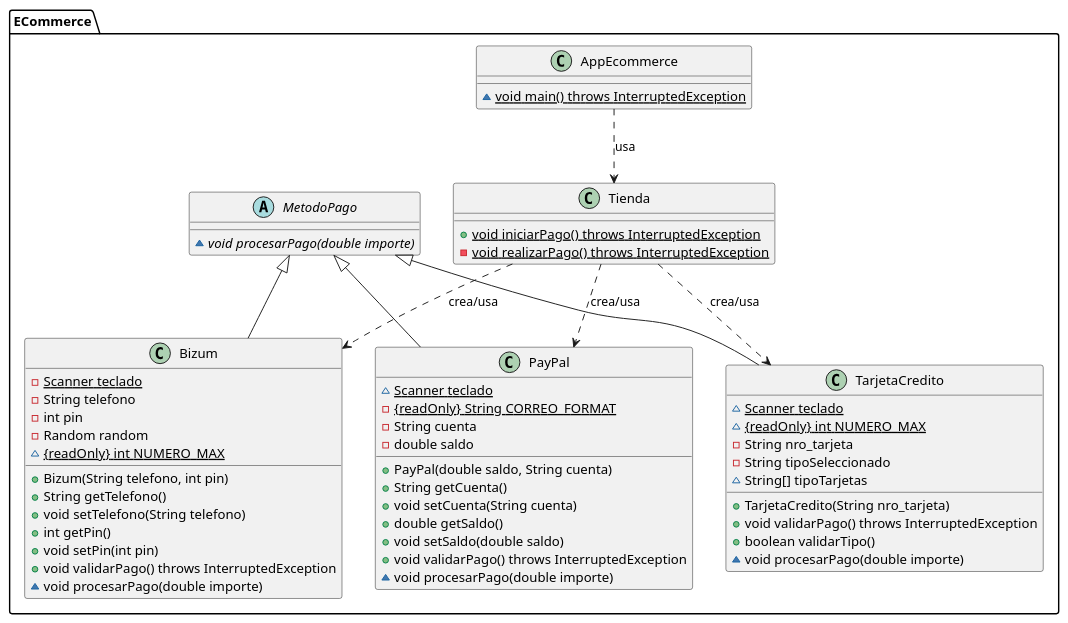
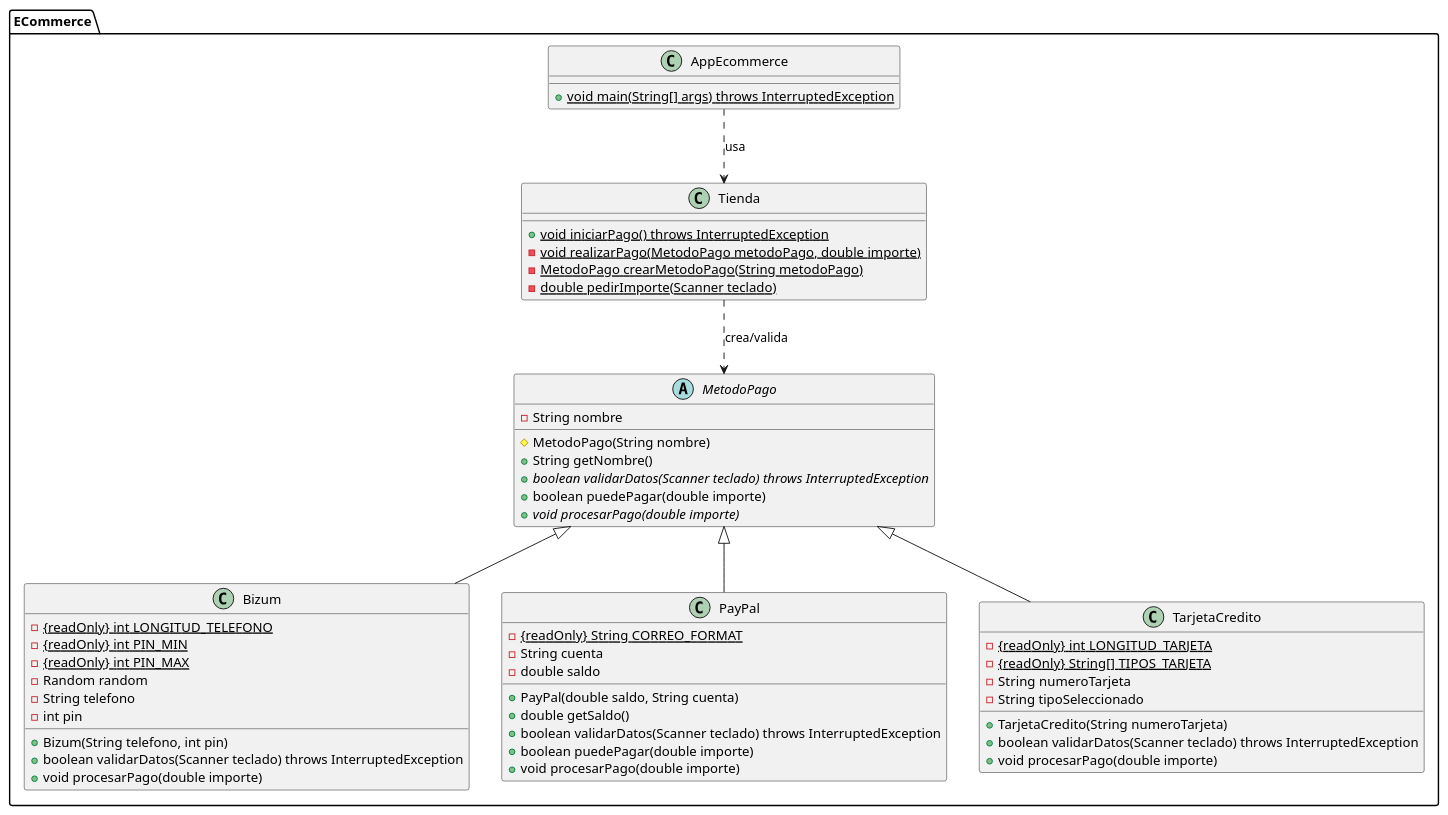
The diagram in POO_daw/src/main/java/ECommerce/PUML/ECommerce.puml (ismazene/POO_daw), drawn with PlantUML before and after one commit. The commit also changed 25 other files, not shown here.

```diff
--- a/POO_daw/src/main/java/ECommerce/PUML/ECommerce.puml
+++ b/POO_daw/src/main/java/ECommerce/PUML/ECommerce.puml
@@ -1,70 +1,64 @@
 @startuml
-  package ECommerce {
+package ECommerce {
 
-  class AppEcommerce {
-    ~ {static} void main() throws InterruptedException
-  }
+class AppEcommerce {
+  + {static} void main(String[] args) throws InterruptedException
+}
 
-  abstract class MetodoPago {
-    ~ {abstract} void procesarPago(double importe)
-  }
+abstract class MetodoPago {
+  - String nombre
+  # MetodoPago(String nombre)
+  + String getNombre()
+  + {abstract} boolean validarDatos(Scanner teclado) throws InterruptedException
+  + boolean puedePagar(double importe)
+  + {abstract} void procesarPago(double importe)
+}
 
-  class Bizum {
-    - {static} Scanner teclado
-    - String telefono
-    - int pin
-    - Random random
-    ~ {static} {readOnly} int NUMERO_MAX
+class Bizum {
+  - {static} {readOnly} int LONGITUD_TELEFONO
+  - {static} {readOnly} int PIN_MIN
+  - {static} {readOnly} int PIN_MAX
+  - Random random
+  - String telefono
+  - int pin
+  + Bizum(String telefono, int pin)
+  + boolean validarDatos(Scanner teclado) throws InterruptedException
+  + void procesarPago(double importe)
+}
 
-    + Bizum(String telefono, int pin)
-    + String getTelefono()
-    + void setTelefono(String telefono)
-    + int getPin()
-    + void setPin(int pin)
-    + void validarPago() throws InterruptedException
-    ~ void procesarPago(double importe)
-  }
+class PayPal {
+  - {static} {readOnly} String CORREO_FORMAT
+  - String cuenta
+  - double saldo
+  + PayPal(double saldo, String cuenta)
+  + double getSaldo()
+  + boolean validarDatos(Scanner teclado) throws InterruptedException
+  + boolean puedePagar(double importe)
+  + void procesarPago(double importe)
+}
 
-  class PayPal {
-    ~ {static} Scanner teclado
-    - {static} {readOnly} String CORREO_FORMAT
-    - String cuenta
-    - double saldo
+class TarjetaCredito {
+  - {static} {readOnly} int LONGITUD_TARJETA
+  - {static} {readOnly} String[] TIPOS_TARJETA
+  - String numeroTarjeta
+  - String tipoSeleccionado
+  + TarjetaCredito(String numeroTarjeta)
+  + boolean validarDatos(Scanner teclado) throws InterruptedException
+  + void procesarPago(double importe)
+}
 
-    + PayPal(double saldo, String cuenta)
-    + String getCuenta()
-    + void setCuenta(String cuenta)
-    + double getSaldo()
-    + void setSaldo(double saldo)
-    + void validarPago() throws InterruptedException
-    ~ void procesarPago(double importe)
-  }
+class Tienda {
+  + {static} void iniciarPago() throws InterruptedException
+  - {static} void realizarPago(MetodoPago metodoPago, double importe)
+  - {static} MetodoPago crearMetodoPago(String metodoPago)
+  - {static} double pedirImporte(Scanner teclado)
+}
 
-  class TarjetaCredito {
-    ~ {static} Scanner teclado
-    ~ {static} {readOnly} int NUMERO_MAX
-    - String nro_tarjeta
-    - String tipoSeleccionado
-    ~ String[] tipoTarjetas
+MetodoPago <|-- Bizum
+MetodoPago <|-- PayPal
+MetodoPago <|-- TarjetaCredito
 
-    + TarjetaCredito(String nro_tarjeta)
-    + void validarPago() throws InterruptedException
-    + boolean validarTipo()
-    ~ void procesarPago(double importe)
-  }
-
-  class Tienda {
-    + {static} void iniciarPago() throws InterruptedException
-    - {static} void realizarPago() throws InterruptedException
-  }
-
-  MetodoPago <|-- Bizum
-  MetodoPago <|-- PayPal
-  MetodoPago <|-- TarjetaCredito
-
-  AppEcommerce ..> Tienda : usa
-  Tienda ..> Bizum : crea/usa
-  Tienda ..> PayPal : crea/usa
-  Tienda ..> TarjetaCredito : crea/usa
-  }
-  @enduml
+AppEcommerce ..> Tienda : usa
+Tienda ..> MetodoPago : crea/valida
+}
+@enduml
```
